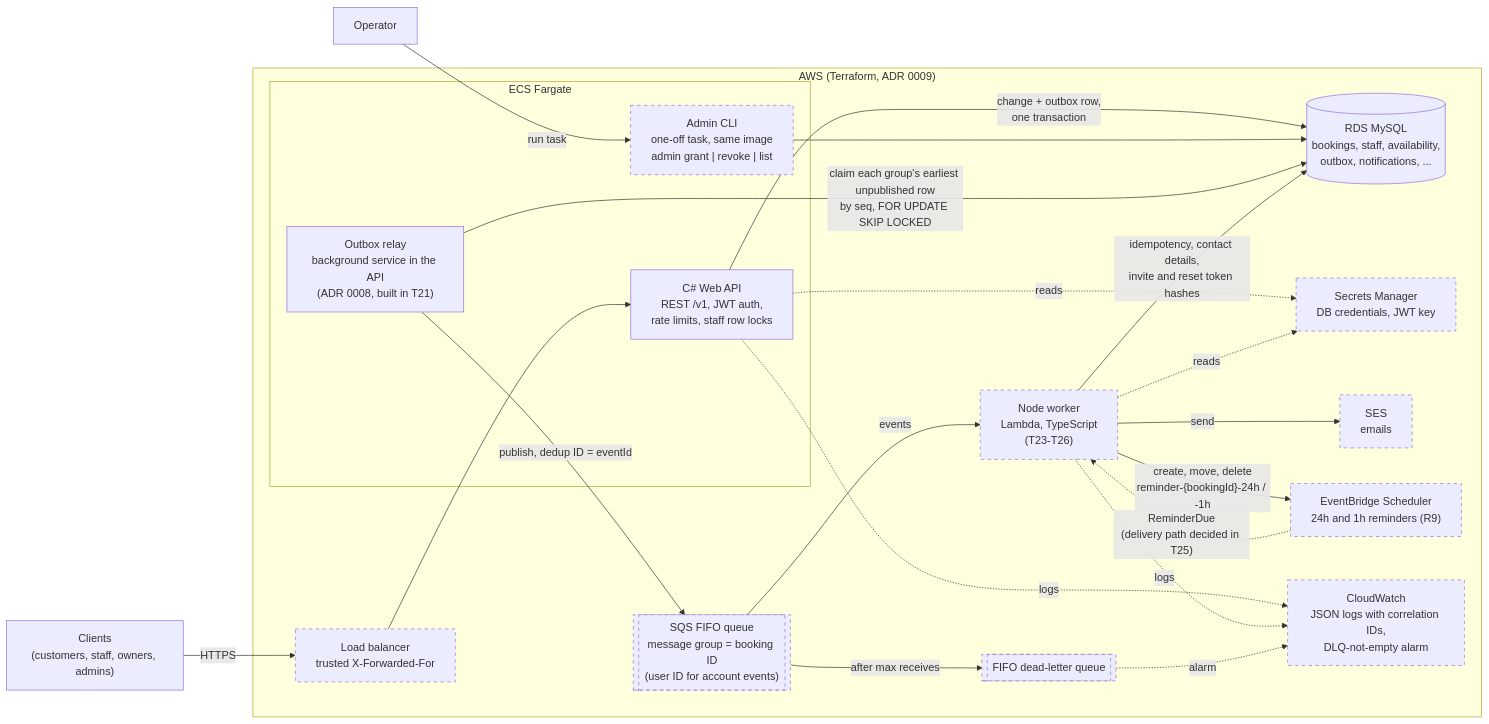
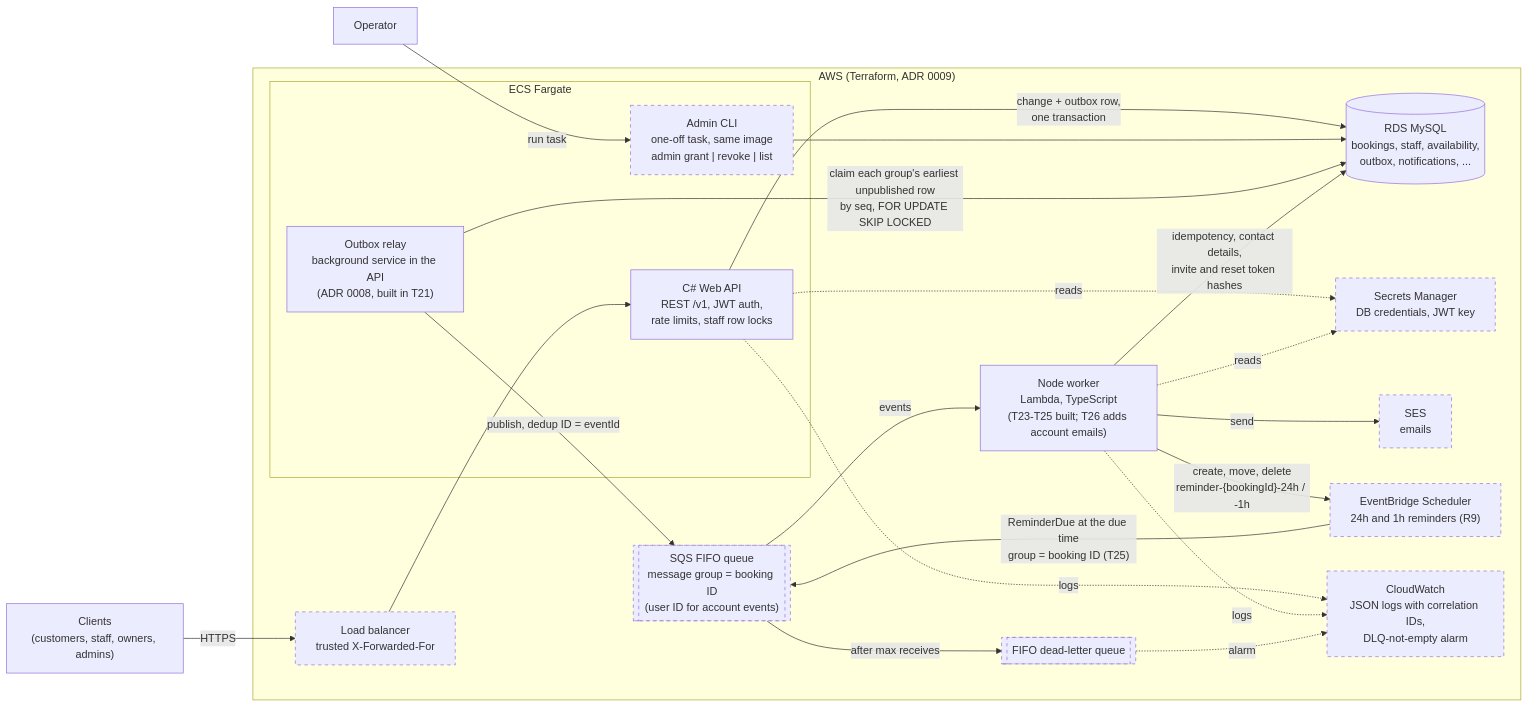
One commit to duanbailey/booking-platform changed the first of 2 diagrams in docs/architecture.md. Above: the diagram before and after it, drawn with Mermaid. The commit also changed other lines of this file and 20 other files, not shown here.

````diff
--- a/docs/architecture.md
+++ b/docs/architecture.md
@@ -7,48 +7,48 @@
 ```mermaid
 flowchart LR
     client["Clients<br/>(customers, staff, owners, admins)"]
     operator["Operator"]
 
     subgraph aws["AWS (Terraform, ADR 0009)"]
         alb["Load balancer<br/>trusted X-Forwarded-For"]
 
         subgraph ecs["ECS Fargate"]
             api["C# Web API<br/>REST /v1, JWT auth,<br/>rate limits, staff row locks"]
             relay["Outbox relay<br/>background service in the API<br/>(ADR 0008, built in T21)"]
             cli["Admin CLI<br/>one-off task, same image<br/>admin grant | revoke | list"]
         end
 
         db[("RDS MySQL<br/>bookings, staff, availability,<br/>outbox, notifications, ...")]
         secrets["Secrets Manager<br/>DB credentials, JWT key"]
 
         queue[["SQS FIFO queue<br/>message group = booking ID<br/>(user ID for account events)"]]
         dlq[["FIFO dead-letter queue"]]
 
-        worker["Node worker<br/>Lambda, TypeScript<br/>(T23-T26)"]
+        worker["Node worker<br/>Lambda, TypeScript<br/>(T23-T25 built; T26 adds account emails)"]
         ses["SES<br/>emails"]
         scheduler["EventBridge Scheduler<br/>24h and 1h reminders (R9)"]
 
         logs["CloudWatch<br/>JSON logs with correlation IDs,<br/>DLQ-not-empty alarm"]
     end
 
     client -- "HTTPS" --> alb --> api
     operator -- "run task" --> cli
     api -- "change + outbox row,<br/>one transaction" --> db
     cli --> db
     relay -- "claim each group's earliest unpublished row<br/>by seq, FOR UPDATE SKIP LOCKED" --> db
     relay -- "publish, dedup ID = eventId" --> queue
     queue -- "after max receives" --> dlq
     queue -- "events" --> worker
     worker -- "idempotency, contact details,<br/>invite and reset token hashes" --> db
     worker -- "send" --> ses
     worker -- "create, move, delete<br/>reminder-{bookingId}-24h / -1h" --> scheduler
-    scheduler -. "ReminderDue<br/>(delivery path decided in T25)" .-> worker
+    scheduler -- "ReminderDue at the due time<br/>group = booking ID (T25)" --> queue
     api -. "reads" .-> secrets
     worker -. "reads" .-> secrets
     api -. "logs" .-> logs
     worker -. "logs" .-> logs
     dlq -. "alarm" .-> logs
 
     classDef planned stroke-dasharray: 5 5
-    class queue,dlq,worker,ses,scheduler,alb,secrets,logs,cli planned
+    class queue,dlq,ses,scheduler,alb,secrets,logs,cli planned
 ```
````
